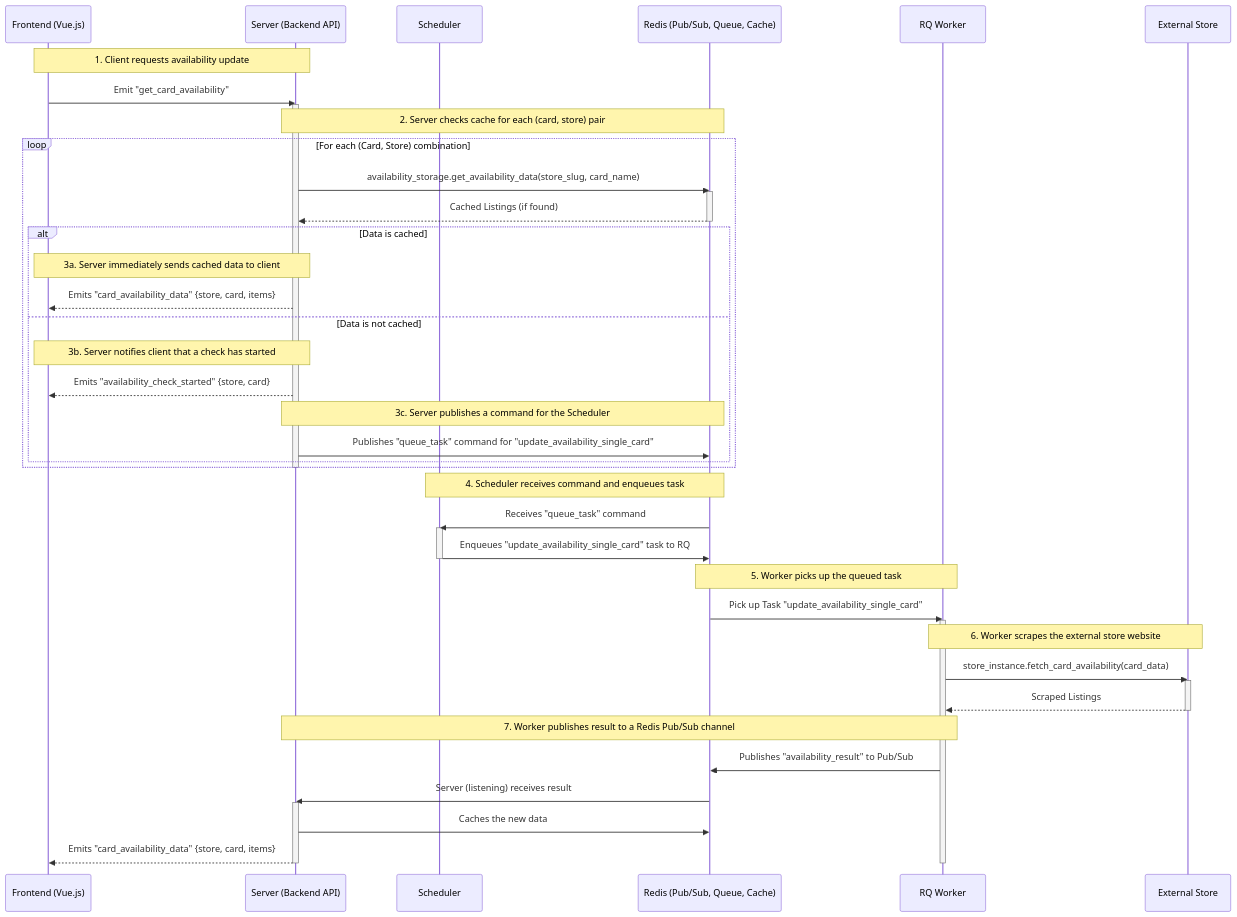
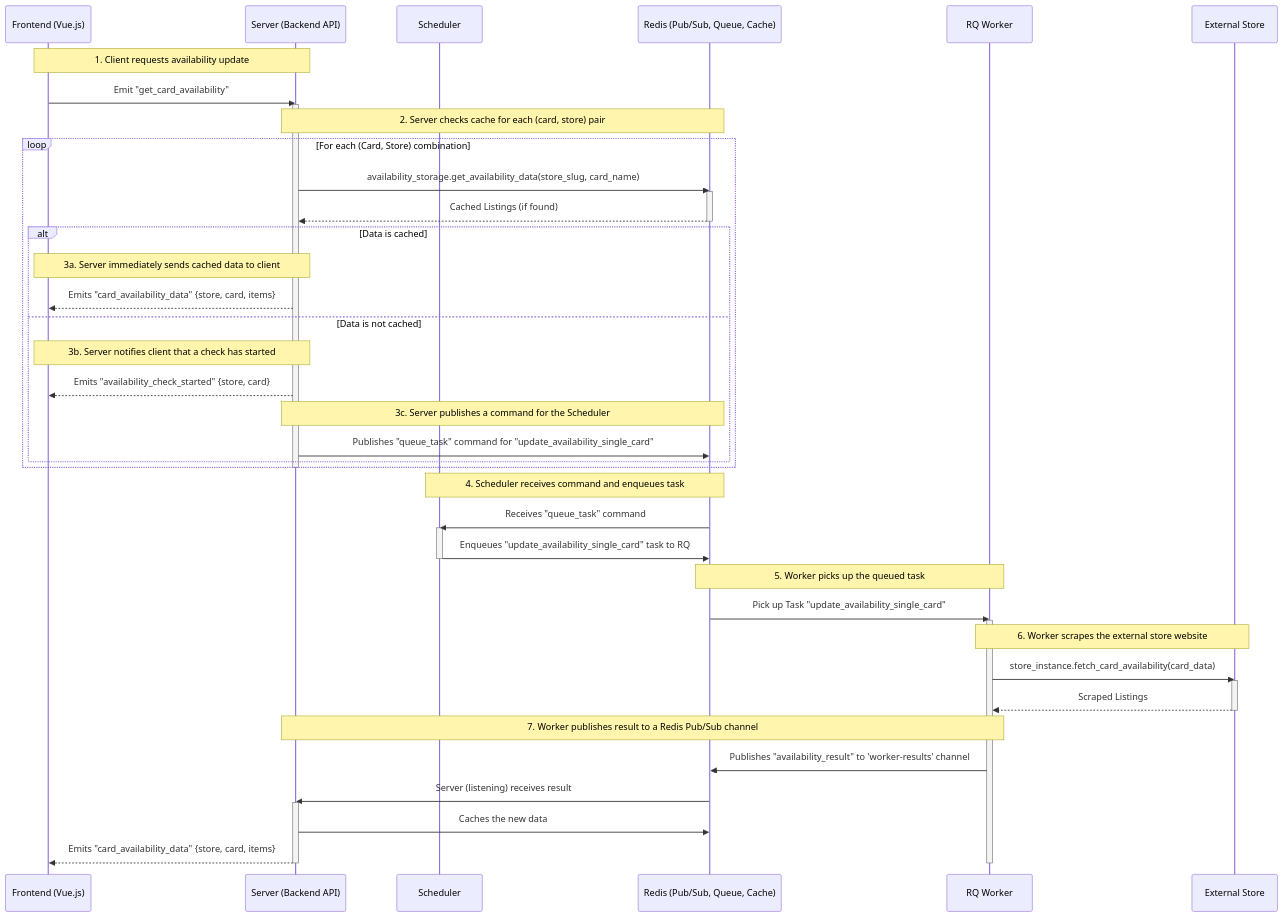
The fourth of 10 diagrams in docs/docs.md (smileyface/LGS-Stock-Checker), drawn with Mermaid before and after one commit. The commit also changed other lines of this file and 10 other files, not shown here.

Commit message:
The backend architecture was refactored to replace direct task queuing with a command pattern using Redis Pub/Sub, where components publish commands to a central scheduler which then enqueues tasks, improving modularity and centralizing task management.

````diff
--- a/docs/docs.md
+++ b/docs/docs.md
@@ -143,57 +147,57 @@
 ```mermaid
 sequenceDiagram
     participant Client as Frontend (Vue.js)
     participant Server as Server (Backend API)
     participant Scheduler
     participant Redis as Redis (Pub/Sub, Queue, Cache)
     participant Worker as RQ Worker
     participant ExternalStore as External Store
 
     Note over Client, Server: 1. Client requests availability update
     Client->>Server: Emit "get_card_availability"
     activate Server
 
     Note over Server, Redis: 2. Server checks cache for each (card, store) pair
     loop For each (Card, Store) combination
         Server->>Redis: availability_storage.get_availability_data(store_slug, card_name)
         activate Redis
         Redis-->>Server: Cached Listings (if found)
         deactivate Redis
 
         alt Data is cached
             Note over Server, Client: 3a. Server immediately sends cached data to client
             Server-->>Client: Emits "card_availability_data" {store, card, items}
         else Data is not cached
             Note over Server, Client: 3b. Server notifies client that a check has started
             Server-->>Client: Emits "availability_check_started" {store, card}
             Note over Server, Redis: 3c. Server publishes a command for the Scheduler
             Server->>Redis: Publishes "queue_task" command for "update_availability_single_card"
         end
     end
     deactivate Server
 
     Note over Redis, Scheduler: 4. Scheduler receives command and enqueues task
     Redis->>Scheduler: Receives "queue_task" command
     activate Scheduler
     Scheduler->>Redis: Enqueues "update_availability_single_card" task to RQ
     deactivate Scheduler
 
     Note over Redis, Worker: 5. Worker picks up the queued task
     Redis->>Worker: Pick up Task "update_availability_single_card"
     activate Worker
 
     Note over Worker, ExternalStore: 6. Worker scrapes the external store website
     Worker->>ExternalStore: store_instance.fetch_card_availability(card_data)
     activate ExternalStore
     ExternalStore-->>Worker: Scraped Listings
     deactivate ExternalStore
 
     Note over Worker, Server: 7. Worker publishes result to a Redis Pub/Sub channel
-    Worker->>Redis: Publishes "availability_result" to Pub/Sub
+    Worker->>Redis: Publishes "availability_result" to 'worker-results' channel
     Redis->>Server: Server (listening) receives result
     activate Server
     Server->>Redis: Caches the new data
     Server-->>Client: Emits "card_availability_data" {store, card, items}
     deactivate Server
     deactivate Worker
 ```
````
